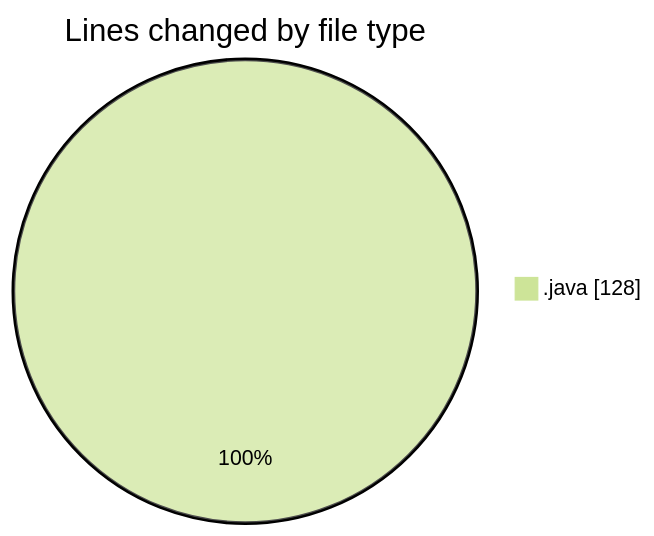
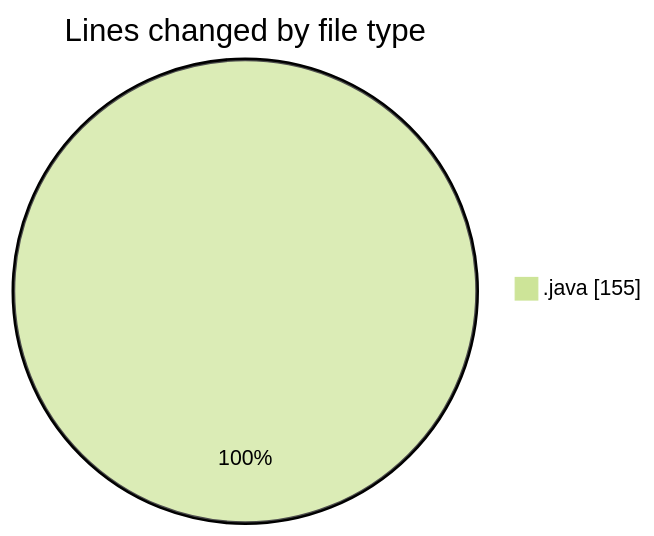
One commit to hasnaa123/code-tracking changed the first of 2 diagrams in 2026-02-14/java/README.md. Above: the diagram before and after it, drawn with Mermaid (forest theme). The commit also changed other lines of this file and 1 other file, not shown here.

````diff
--- a/2026-02-14/java/README.md
+++ b/2026-02-14/java/README.md
@@ -22,5 +23,5 @@
 ```mermaid
 pie showData
 title Lines changed by file type
-".java" : 128
+".java" : 155
 ```
````
